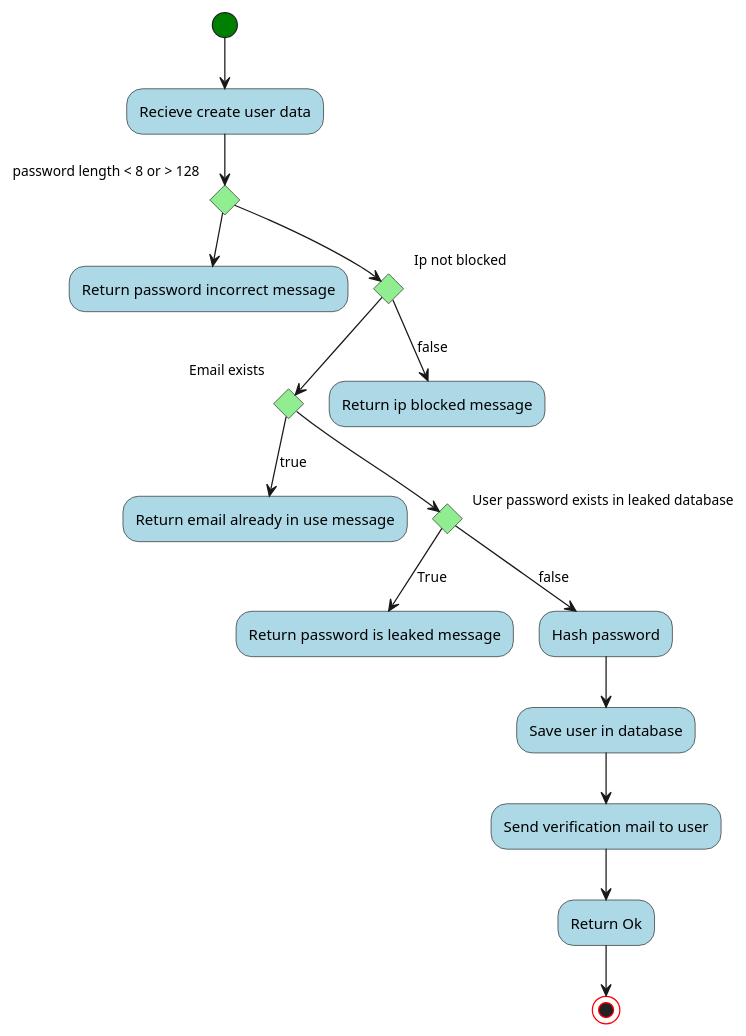
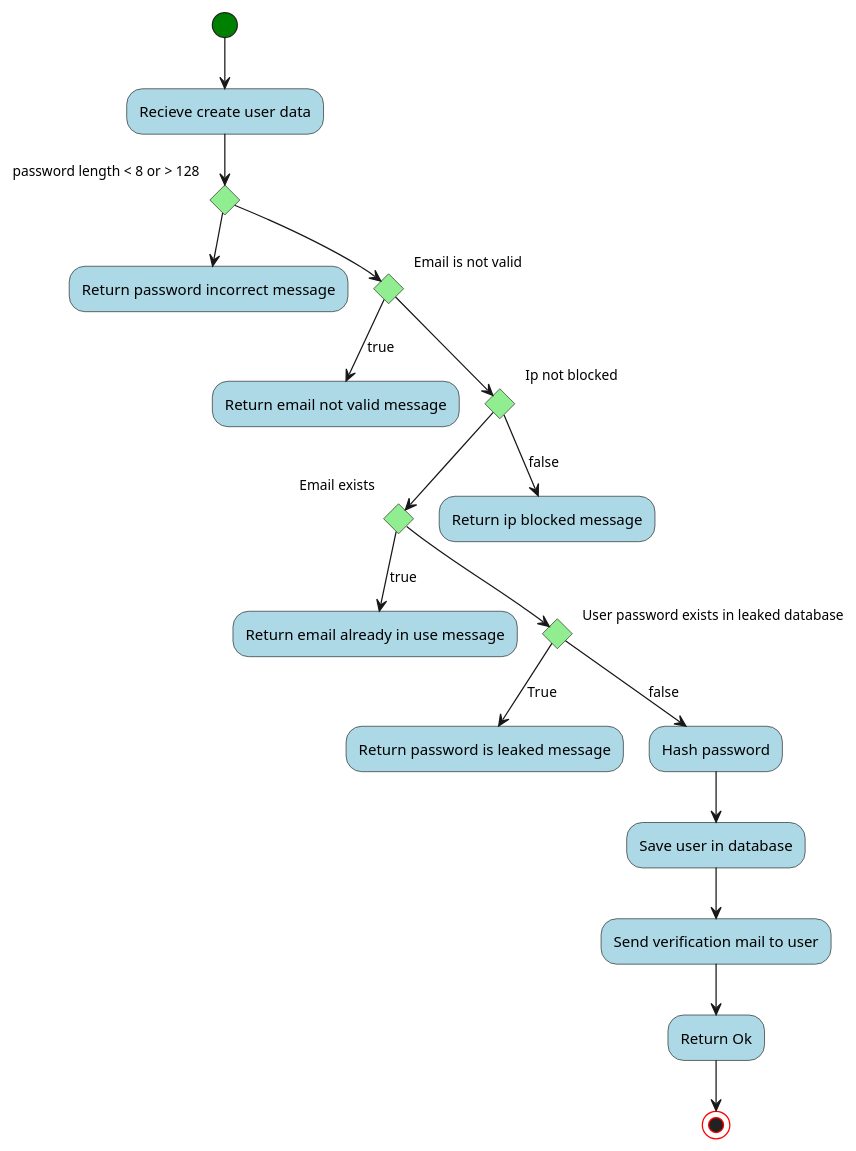
One commit to blackout1471/trust-us-school changed the diagram in Docs/FlowCharts/CreateUserFlowChart.plantuml. Above: the diagram before and after it, drawn with PlantUML. The commit also changed 5 other files, not shown here.

```diff
--- a/Docs/FlowCharts/CreateUserFlowChart.plantuml
+++ b/Docs/FlowCharts/CreateUserFlowChart.plantuml
@@ -1,34 +1,38 @@
 @startuml Create User Flowchart
 
 skinparam activity {
     BackgroundColor lightblue
     
     StartColor green
     EndColor red
     
     diamondBackgroundColor lightgreen
 }
 
 
 (*) --> "Recieve create user data"
 if "password length < 8 or > 128" then
   --> "Return password incorrect message"
 else
-if "Ip not blocked " then
-	if "Email exists" then
-		-->[true] "Return email already in use message"
+if "Email is not valid" then
+	-->[true] "Return email not valid message"
+else
+	if "Ip not blocked " then
+		if "Email exists" then
+			-->[true] "Return email already in use message"
+		else
+			if "User password exists in leaked database" then
+				-->[True]"Return password is leaked message"
+			else
+				-->[false] "Hash password"
+				--> "Save user in database"
+				--> "Send verification mail to user"
+				--> "Return Ok"
+				--> (*)
+			end if
+		end if
 	else
-		if "User password exists in leaked database" then
-			-->[True]"Return password is leaked message"
-		else
-			-->[false] "Hash password"
-			--> "Save user in database"
-			--> "Send verification mail to user"
-			--> "Return Ok"
-			--> (*)
-		end if
-	end if
-else
--->[false] "Return ip blocked message"
+	-->[false] "Return ip blocked message"
+end if
 
 @enduml
```
